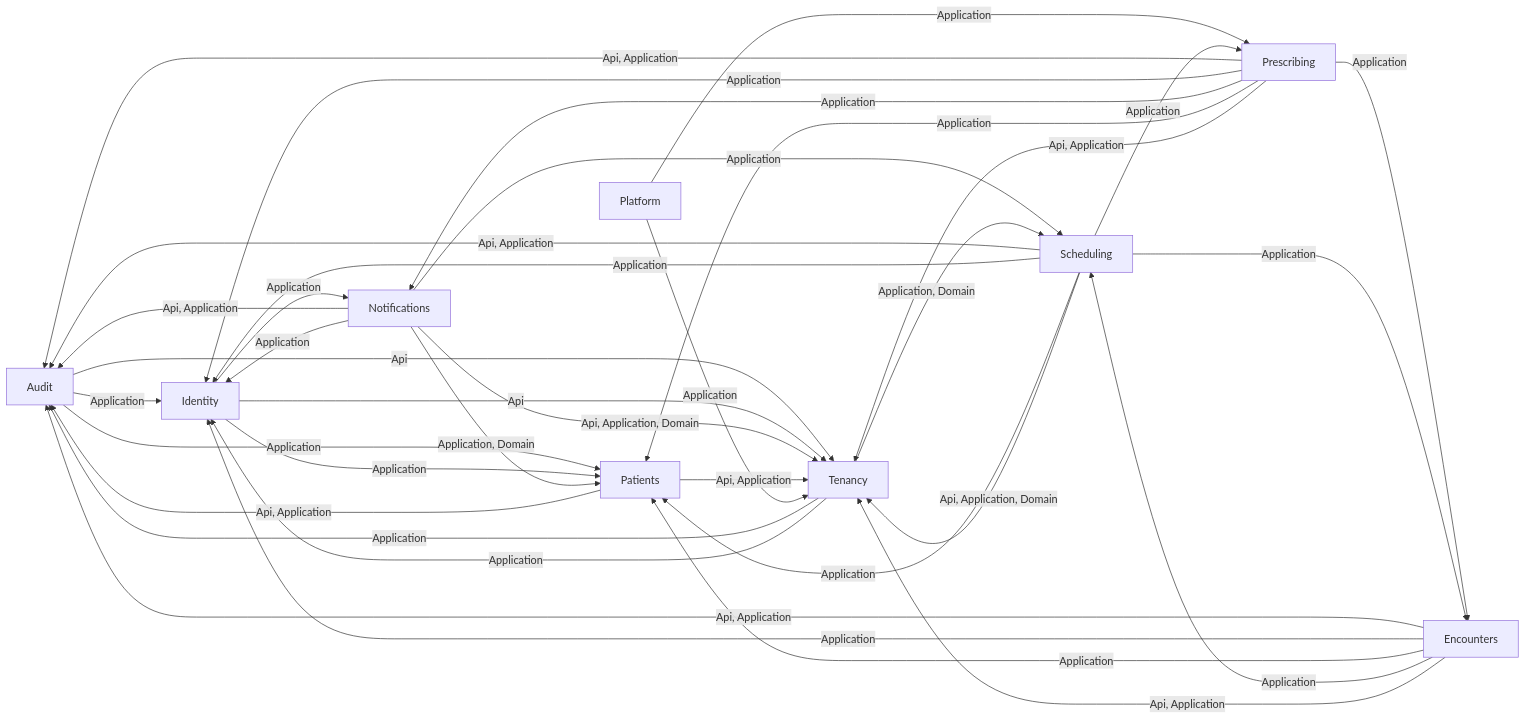
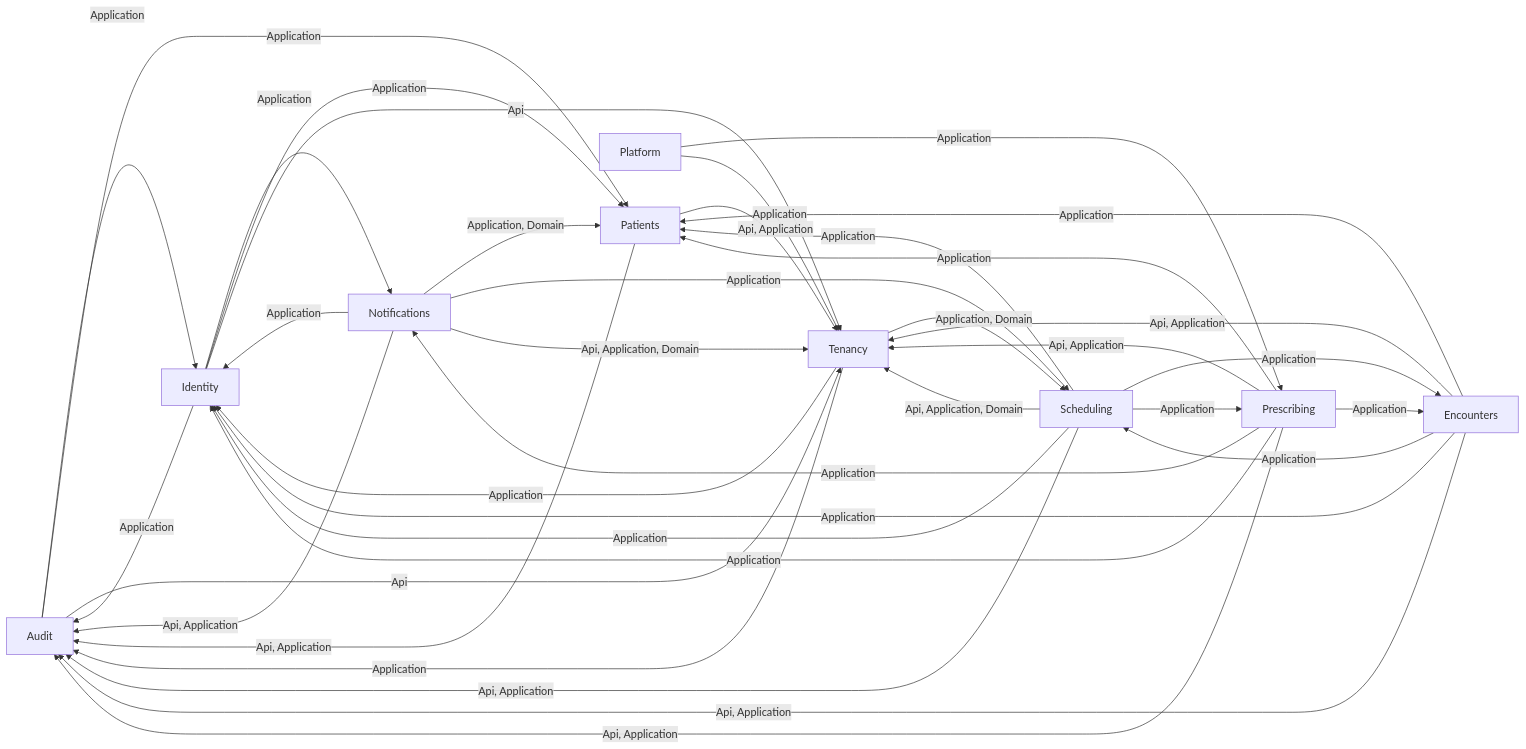
One commit to ALFRED-LUCIFER/medvya changed the second of 14 diagrams in docs/03-architecture/erd.md. Above: the diagram before and after it, drawn with Mermaid. The commit also changed other lines of this file and 70 other files, not shown here.

````diff
--- a/docs/03-architecture/erd.md
+++ b/docs/03-architecture/erd.md
@@ -56,38 +56,39 @@
 ```mermaid
 flowchart LR
   Audit -->|"Application"| Identity
   Audit -->|"Application"| Patients
   Audit -->|"Api"| Tenancy
   Encounters -->|"Api, Application"| Audit
   Encounters -->|"Application"| Identity
   Encounters -->|"Application"| Patients
   Encounters -->|"Application"| Scheduling
   Encounters -->|"Api, Application"| Tenancy
+  Identity -->|"Application"| Audit
   Identity -->|"Application"| Notifications
   Identity -->|"Application"| Patients
   Identity -->|"Api"| Tenancy
   Notifications -->|"Api, Application"| Audit
   Notifications -->|"Application"| Identity
   Notifications -->|"Application, Domain"| Patients
   Notifications -->|"Application"| Scheduling
   Notifications -->|"Api, Application, Domain"| Tenancy
   Patients -->|"Api, Application"| Audit
   Patients -->|"Api, Application"| Tenancy
   Platform -->|"Application"| Prescribing
   Platform -->|"Application"| Tenancy
   Prescribing -->|"Api, Application"| Audit
   Prescribing -->|"Application"| Encounters
   Prescribing -->|"Application"| Identity
   Prescribing -->|"Application"| Notifications
   Prescribing -->|"Application"| Patients
   Prescribing -->|"Api, Application"| Tenancy
   Scheduling -->|"Api, Application"| Audit
   Scheduling -->|"Application"| Encounters
   Scheduling -->|"Application"| Identity
   Scheduling -->|"Application"| Patients
   Scheduling -->|"Application"| Prescribing
   Scheduling -->|"Api, Application, Domain"| Tenancy
   Tenancy -->|"Application"| Audit
   Tenancy -->|"Application"| Identity
   Tenancy -->|"Application, Domain"| Scheduling
 ```
````
